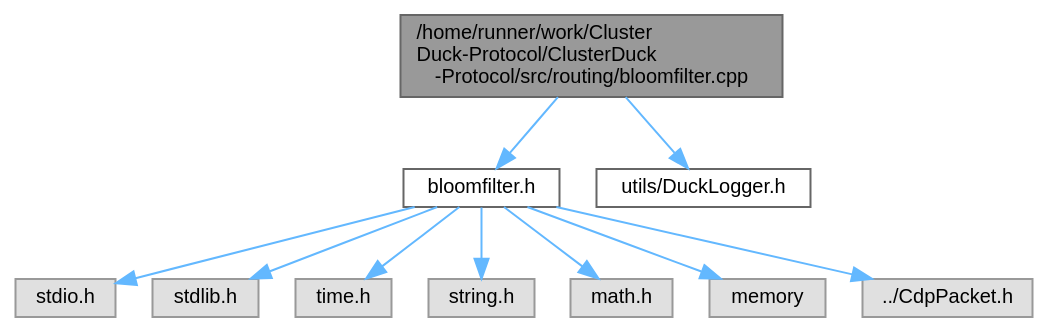
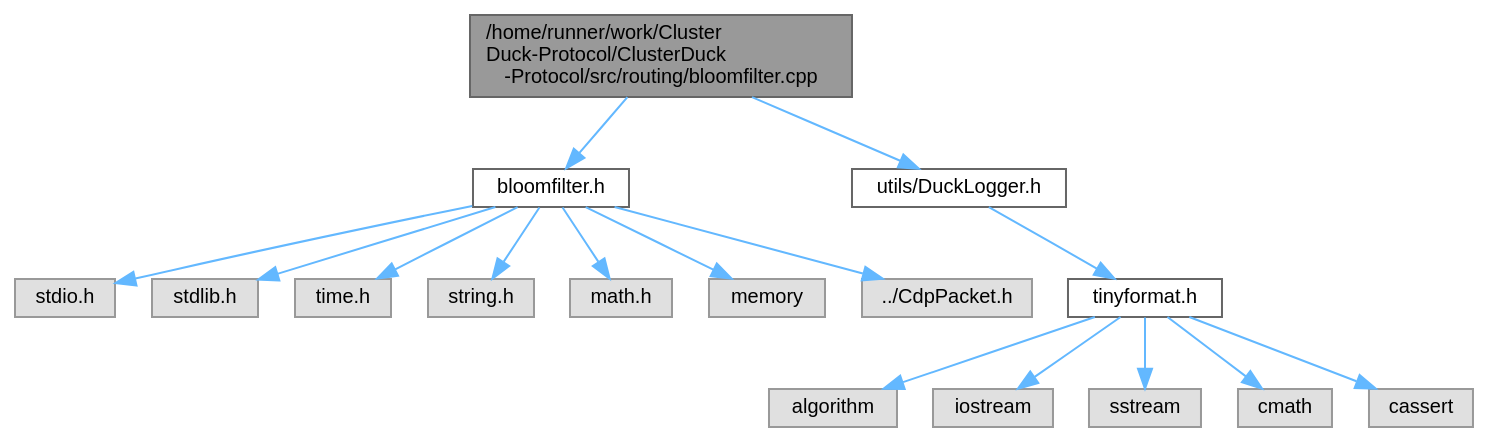
The diagram in bloomfilter_8cpp__incl.dot (ClusterDuck-Protocol/ClusterDuck-Protocol), drawn with Graphviz before and after one commit. The commit also changed 147 other files, not shown here.

```diff
--- a/bloomfilter_8cpp__incl.dot
+++ b/bloomfilter_8cpp__incl.dot
@@ -1,26 +1,38 @@
 digraph "/home/runner/work/ClusterDuck-Protocol/ClusterDuck-Protocol/src/routing/bloomfilter.cpp"
 {
  // LATEX_PDF_SIZE
   bgcolor="transparent";
   edge [fontname=Helvetica,fontsize=10,labelfontname=Helvetica,labelfontsize=10];
   node [fontname=Helvetica,fontsize=10,shape=box,height=0.2,width=0.4];
   Node1 [id="Node000001",label="/home/runner/work/Cluster\lDuck-Protocol/ClusterDuck\l-Protocol/src/routing/bloomfilter.cpp",height=0.2,width=0.4,color="gray40", fillcolor="grey60", style="filled", fontcolor="black",tooltip=" "];
   Node1 -> Node2 [id="edge1_Node000001_Node000002",color="steelblue1",style="solid",tooltip=" "];
   Node2 [id="Node000002",label="bloomfilter.h",height=0.2,width=0.4,color="grey40", fillcolor="white", style="filled",URL="$bloomfilter_8h.html",tooltip=" "];
   Node2 -> Node3 [id="edge2_Node000002_Node000003",color="steelblue1",style="solid",tooltip=" "];
   Node3 [id="Node000003",label="stdio.h",height=0.2,width=0.4,color="grey60", fillcolor="#E0E0E0", style="filled",tooltip=" "];
   Node2 -> Node4 [id="edge3_Node000002_Node000004",color="steelblue1",style="solid",tooltip=" "];
   Node4 [id="Node000004",label="stdlib.h",height=0.2,width=0.4,color="grey60", fillcolor="#E0E0E0", style="filled",tooltip=" "];
   Node2 -> Node5 [id="edge4_Node000002_Node000005",color="steelblue1",style="solid",tooltip=" "];
   Node5 [id="Node000005",label="time.h",height=0.2,width=0.4,color="grey60", fillcolor="#E0E0E0", style="filled",tooltip=" "];
   Node2 -> Node6 [id="edge5_Node000002_Node000006",color="steelblue1",style="solid",tooltip=" "];
   Node6 [id="Node000006",label="string.h",height=0.2,width=0.4,color="grey60", fillcolor="#E0E0E0", style="filled",tooltip=" "];
   Node2 -> Node7 [id="edge6_Node000002_Node000007",color="steelblue1",style="solid",tooltip=" "];
   Node7 [id="Node000007",label="math.h",height=0.2,width=0.4,color="grey60", fillcolor="#E0E0E0", style="filled",tooltip=" "];
   Node2 -> Node8 [id="edge7_Node000002_Node000008",color="steelblue1",style="solid",tooltip=" "];
   Node8 [id="Node000008",label="memory",height=0.2,width=0.4,color="grey60", fillcolor="#E0E0E0", style="filled",tooltip=" "];
   Node2 -> Node9 [id="edge8_Node000002_Node000009",color="steelblue1",style="solid",tooltip=" "];
   Node9 [id="Node000009",label="../CdpPacket.h",height=0.2,width=0.4,color="grey60", fillcolor="#E0E0E0", style="filled",tooltip=" "];
   Node1 -> Node10 [id="edge9_Node000001_Node000010",color="steelblue1",style="solid",tooltip=" "];
   Node10 [id="Node000010",label="utils/DuckLogger.h",height=0.2,width=0.4,color="grey40", fillcolor="white", style="filled",URL="$_duck_logger_8h.html",tooltip=" "];
+  Node10 -> Node11 [id="edge10_Node000010_Node000011",color="steelblue1",style="solid",tooltip=" "];
+  Node11 [id="Node000011",label="tinyformat.h",height=0.2,width=0.4,color="grey40", fillcolor="white", style="filled",URL="$tinyformat_8h.html",tooltip=" "];
+  Node11 -> Node12 [id="edge11_Node000011_Node000012",color="steelblue1",style="solid",tooltip=" "];
+  Node12 [id="Node000012",label="algorithm",height=0.2,width=0.4,color="grey60", fillcolor="#E0E0E0", style="filled",tooltip=" "];
+  Node11 -> Node13 [id="edge12_Node000011_Node000013",color="steelblue1",style="solid",tooltip=" "];
+  Node13 [id="Node000013",label="iostream",height=0.2,width=0.4,color="grey60", fillcolor="#E0E0E0", style="filled",tooltip=" "];
+  Node11 -> Node14 [id="edge13_Node000011_Node000014",color="steelblue1",style="solid",tooltip=" "];
+  Node14 [id="Node000014",label="sstream",height=0.2,width=0.4,color="grey60", fillcolor="#E0E0E0", style="filled",tooltip=" "];
+  Node11 -> Node15 [id="edge14_Node000011_Node000015",color="steelblue1",style="solid",tooltip=" "];
+  Node15 [id="Node000015",label="cmath",height=0.2,width=0.4,color="grey60", fillcolor="#E0E0E0", style="filled",tooltip=" "];
+  Node11 -> Node16 [id="edge15_Node000011_Node000016",color="steelblue1",style="solid",tooltip=" "];
+  Node16 [id="Node000016",label="cassert",height=0.2,width=0.4,color="grey60", fillcolor="#E0E0E0", style="filled",tooltip=" "];
 }
```
